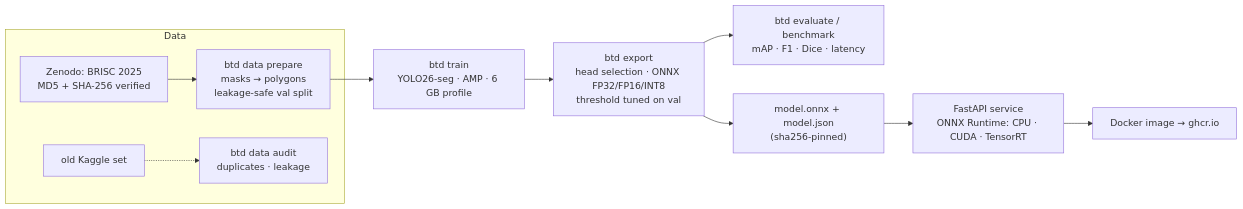
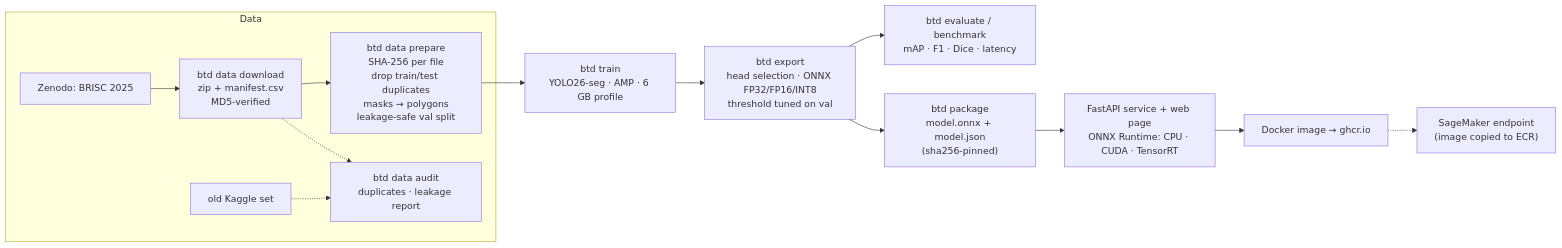
Before and after one commit to leon2378/brain-tumor-detection: the diagram in README.md, drawn with Mermaid. The commit also changed other lines of this file and 2 other files, not shown here.

First line of the commit message:
Update the architecture and record the dataset audit results

````diff
--- a/README.md
+++ b/README.md
@@ -37,13 +37,16 @@
 ```mermaid
 flowchart LR
   subgraph data [Data]
-    Z["Zenodo: BRISC 2025<br/>MD5 + SHA-256 verified"] --> P["btd data prepare<br/>masks → polygons<br/>leakage-safe val split"]
-    K["old Kaggle set"] -.-> A["btd data audit<br/>duplicates · leakage"]
+    Z["Zenodo: BRISC 2025"] --> D["btd data download<br/>zip + manifest.csv<br/>MD5-verified"]
+    D --> P["btd data prepare<br/>SHA-256 per file<br/>drop train/test duplicates<br/>masks → polygons<br/>leakage-safe val split"]
+    D -.-> A["btd data audit<br/>duplicates · leakage report"]
+    K["old Kaggle set"] -.-> A
   end
   P --> T["btd train<br/>YOLO26-seg · AMP · 6 GB profile"]
   T --> E["btd export<br/>head selection · ONNX FP32/FP16/INT8<br/>threshold tuned on val"]
   E --> V["btd evaluate / benchmark<br/>mAP · F1 · Dice · latency"]
-  E --> M["model.onnx + model.json<br/>(sha256-pinned)"]
-  M --> S["FastAPI service<br/>ONNX Runtime: CPU · CUDA · TensorRT"]
+  E --> M["btd package<br/>model.onnx + model.json<br/>(sha256-pinned)"]
+  M --> S["FastAPI service + web page<br/>ONNX Runtime: CPU · CUDA · TensorRT"]
   S --> G["Docker image → ghcr.io"]
+  G -.-> SM["SageMaker endpoint<br/>(image copied to ECR)"]
 ```
````
